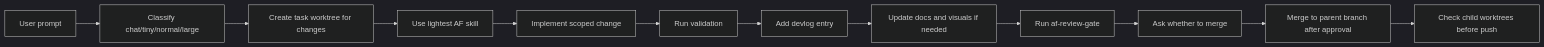
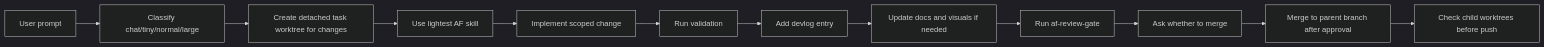
One commit to miketaheny/codex-setup changed the diagram in docs/USER-GUIDE.md. Above: the diagram before and after it, drawn with Mermaid (dark theme). The commit also changed other lines of this file and 28 other files, not shown here.

````diff
--- a/docs/USER-GUIDE.md
+++ b/docs/USER-GUIDE.md
@@ -71,14 +72,14 @@
 ```mermaid
 flowchart LR
     Prompt["User prompt"] --> Classify["Classify chat/tiny/normal/large"]
-    Classify --> Branch["Create task worktree for changes"]
-    Branch --> Skill["Use lightest AF skill"]
+    Classify --> Worktree["Create detached task worktree for changes"]
+    Worktree --> Skill["Use lightest AF skill"]
     Skill --> Change["Implement scoped change"]
     Change --> Validate["Run validation"]
     Validate --> Devlog["Add devlog entry"]
     Devlog --> Docs["Update docs and visuals if needed"]
     Docs --> Review["Run af-review-gate"]
     Review --> Ask["Ask whether to merge"]
     Ask --> Merge["Merge to parent branch after approval"]
     Merge --> PushCheck["Check child worktrees before push"]
 ```
````
